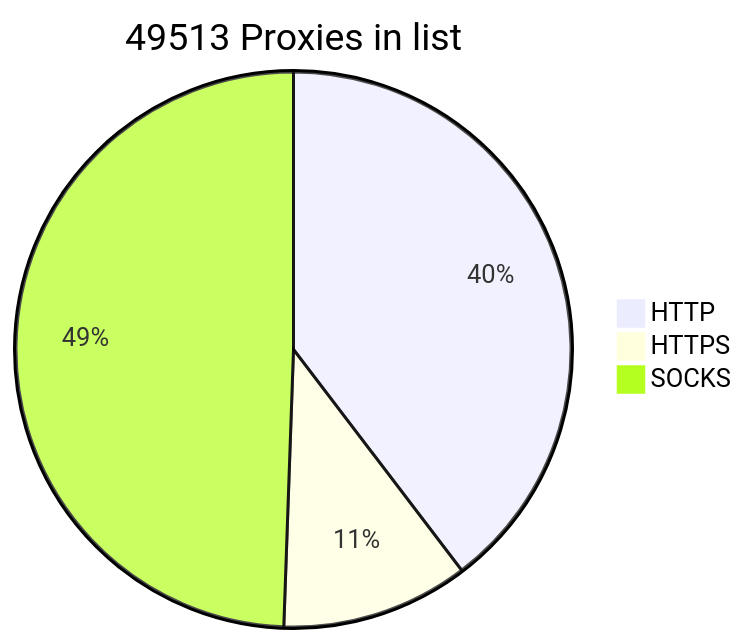
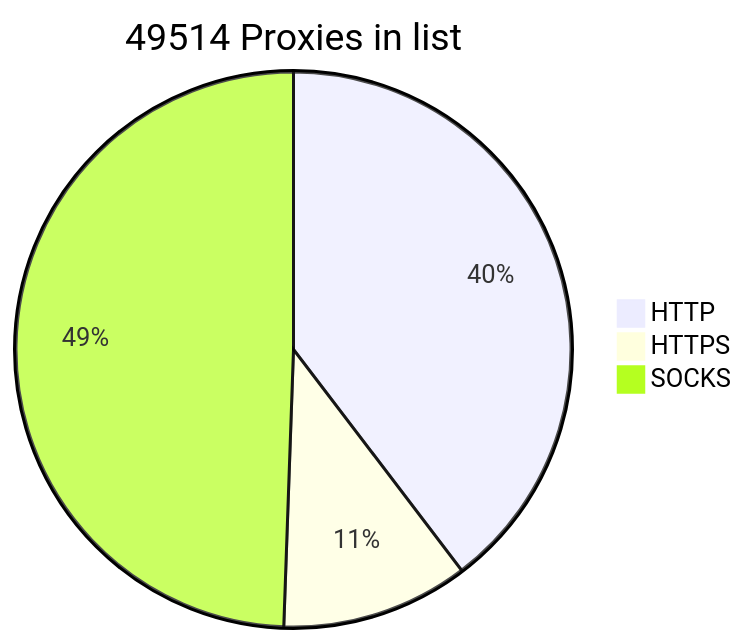
The diagram in README.md (BlackSnowDot/proxylist-update-every-minute), drawn with Mermaid before and after one commit.

````diff
--- a/README.md
+++ b/README.md
@@ -2,6 +2,6 @@
 ```mermaid
-pie title 49513 Proxies in list
-    "HTTP" : 21716
+pie title 49514 Proxies in list
+    "HTTP" : 21718
     "HTTPS": 5980
     "SOCKS" : 27086
 ```
````
